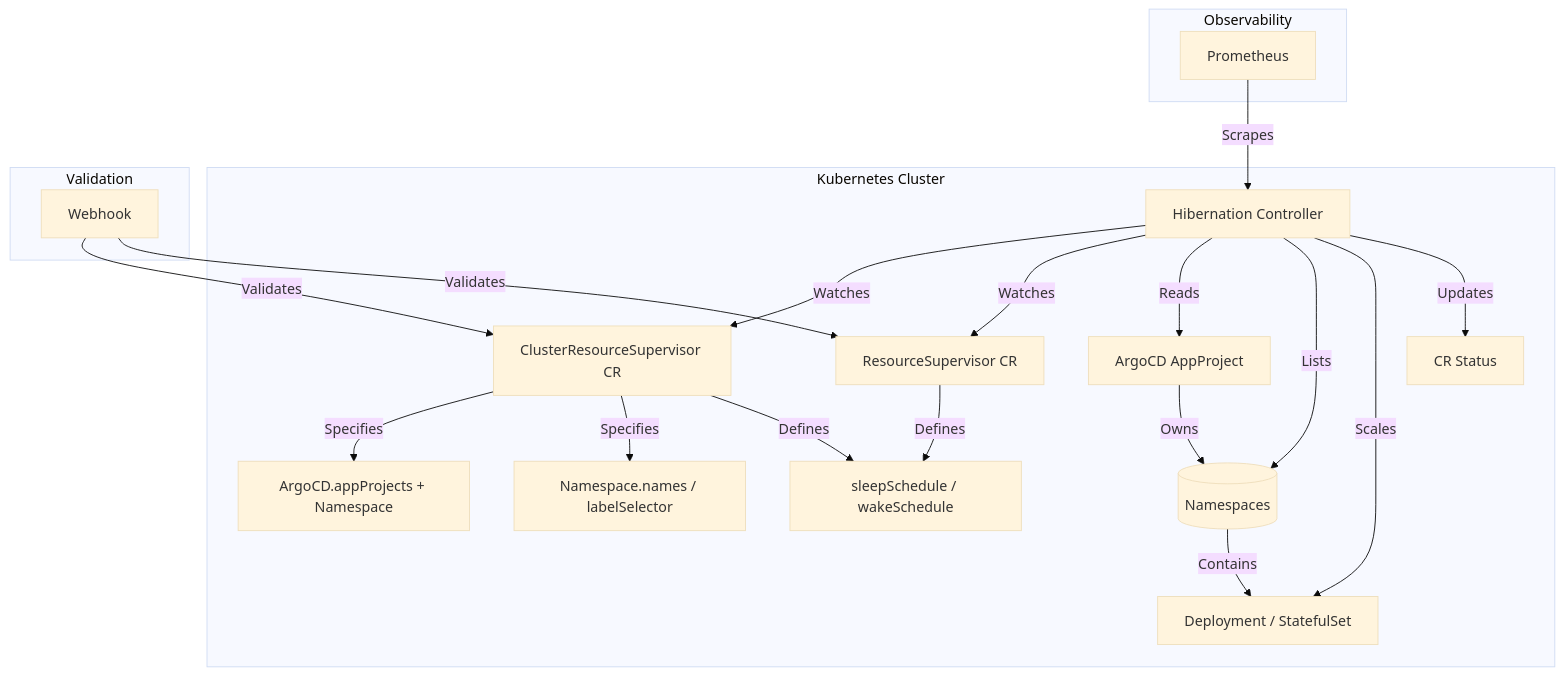
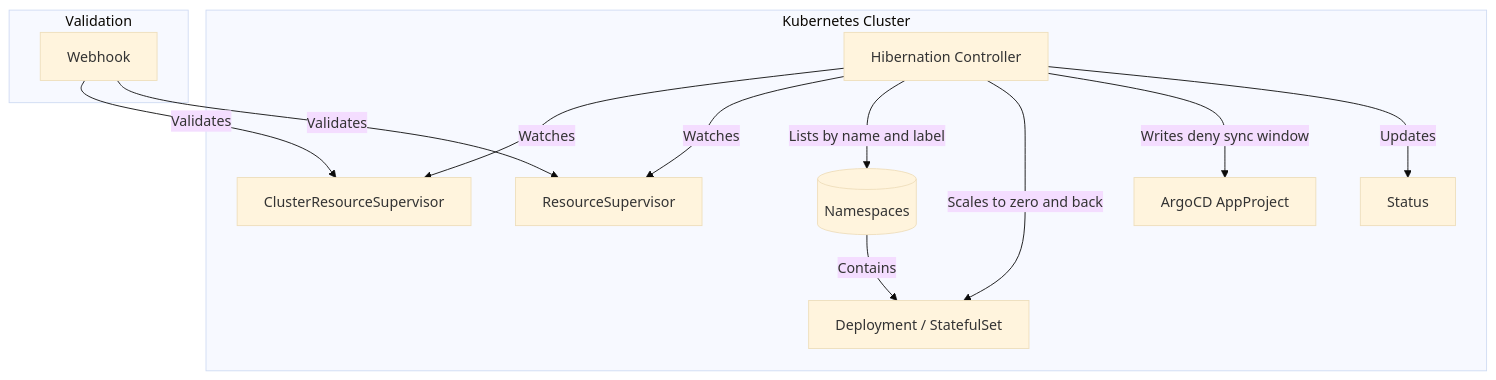
One commit to stakater/hibernation-operator-docs changed the diagram in content/concepts/architecture.md. Above: the diagram before and after it, drawn with Mermaid (base theme). The commit also changed other lines of this file and 15 other files, not shown here.

Commit message:
rewrite docs and architecture

````diff
--- a/content/concepts/architecture.md
+++ b/content/concepts/architecture.md
@@ -28,29 +25,18 @@
 ```mermaid
 graph TD
     subgraph "Kubernetes Cluster"
-        A[Hibernation Controller] -->|Watches| B[ClusterResourceSupervisor CR]
-        A -->|Watches| C[ResourceSupervisor CR]
-        A -->|Reads| D[ArgoCD AppProject]
-        A -->|Lists| E[(Namespaces)]
-        A -->|Scales| F[Deployment / StatefulSet]
-        A -->|Updates| G[CR Status]
+        A[Hibernation Controller] -->|Watches| B[ClusterResourceSupervisor]
+        A -->|Watches| C[ResourceSupervisor]
+        A -->|Lists by name and label| E[(Namespaces)]
+        A -->|Scales to zero and back| F[Deployment / StatefulSet]
+        A -->|Writes deny sync window| D[ArgoCD AppProject]
+        A -->|Updates| G[Status]
 
-        B -->|Specifies| H[ArgoCD.appProjects + Namespace]
-        B -->|Specifies| I[Namespace.names / labelSelector]
-        B -->|Defines| J[sleepSchedule / wakeSchedule]
-
-        C -->|Defines| J
-
-        D -->|Owns| E
         E -->|Contains| F
-    end
-
-    subgraph "Observability"
-        K[Prometheus] -->|Scrapes| A
     end
 
     subgraph "Validation"
         L[Webhook] -->|Validates| B
         L -->|Validates| C
     end
 ```
````
